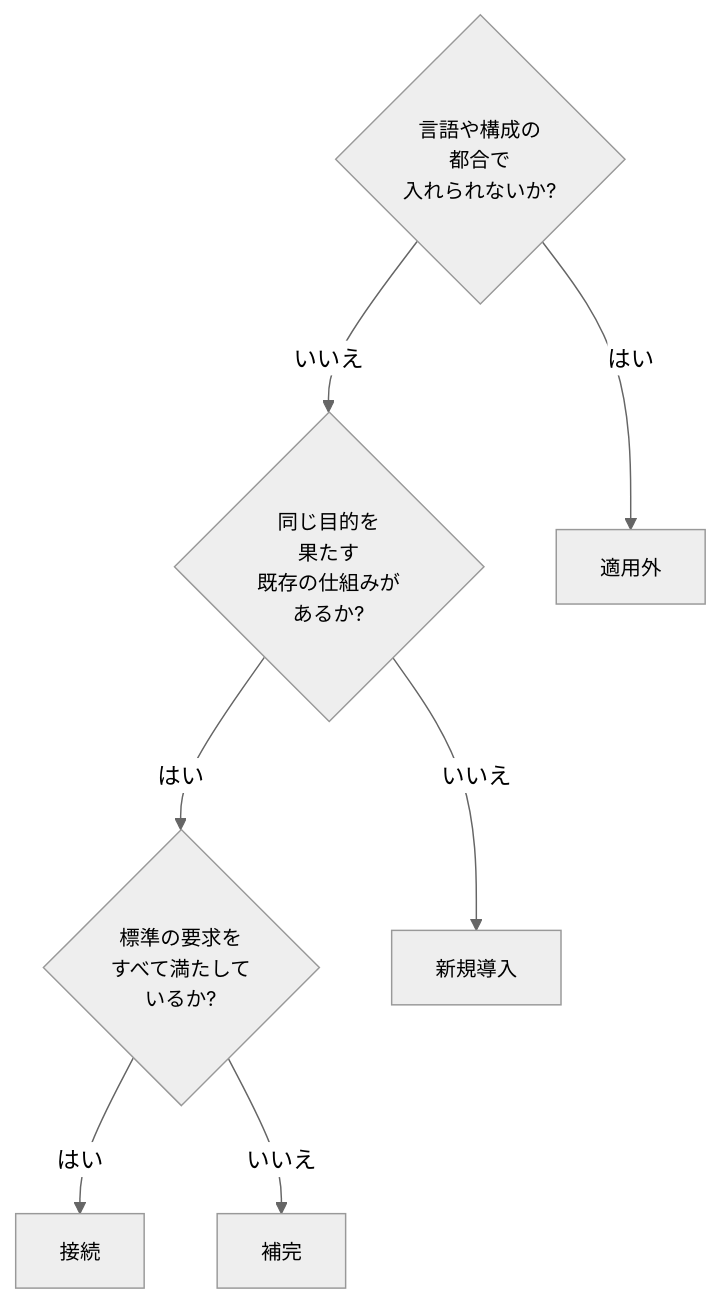
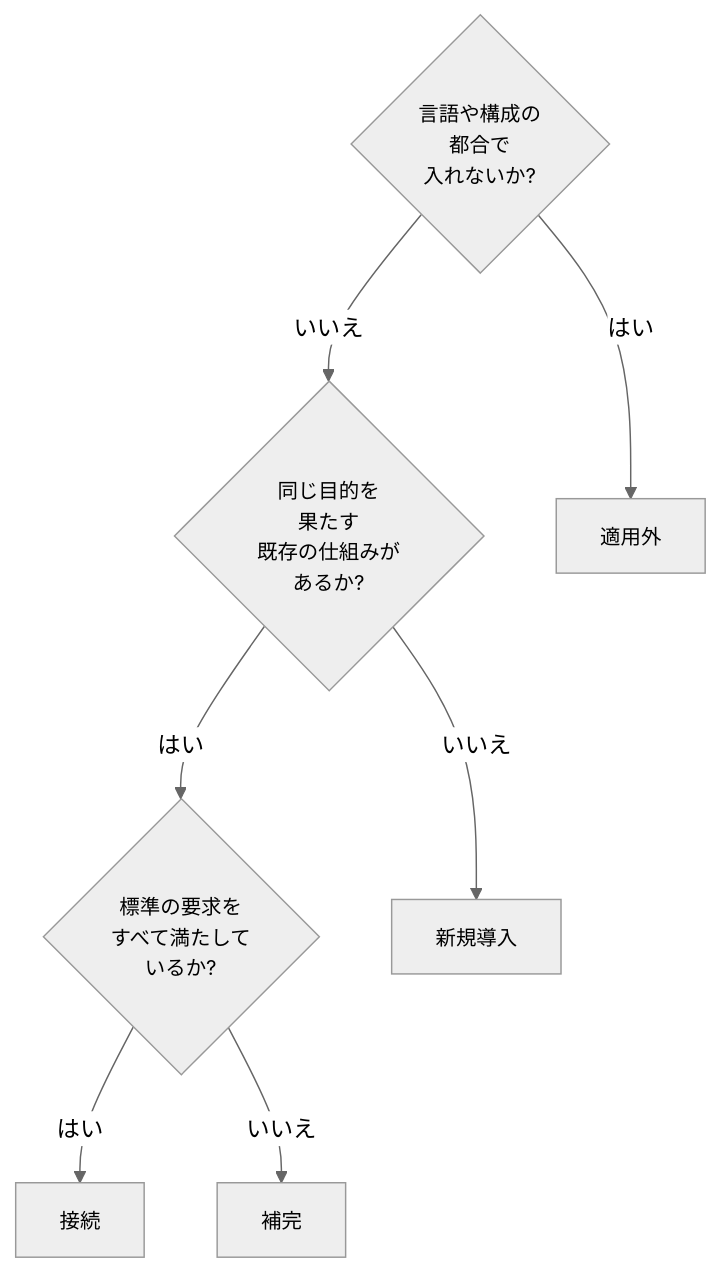
Before and after one commit to toshio-shiratori/harness-test-strategy: the second of 2 diagrams in docs/testing/05-adoption-guide.md, drawn with Mermaid (neutral theme). The commit also changed other lines of this file and 1 other file, not shown here.

````diff
--- a/docs/testing/05-adoption-guide.md
+++ b/docs/testing/05-adoption-guide.md
@@ -127,17 +127,17 @@
 ```mermaid
 flowchart TB
   classDef default font-size:14px
-  Q1{"言語や構成の<br/>都合で<br/>入れられないか?"}
+  Q1{"言語や構成の<br/>都合で<br/>入れないか?"}
   Q2{"同じ目的を<br/>果たす<br/>既存の仕組みが<br/>あるか?"}
   Q3{"標準の要求を<br/>すべて満たして<br/>いるか?"}
   M0["適用外"]
   M1["新規導入"]
   M2["接続"]
   M3["補完"]
   Q1 -- "はい" --> M0
   Q1 -- "いいえ" --> Q2
   Q2 -- "いいえ" --> M1
   Q2 -- "はい" --> Q3
   Q3 -- "はい" --> M2
   Q3 -- "いいえ" --> M3
 ```
````
